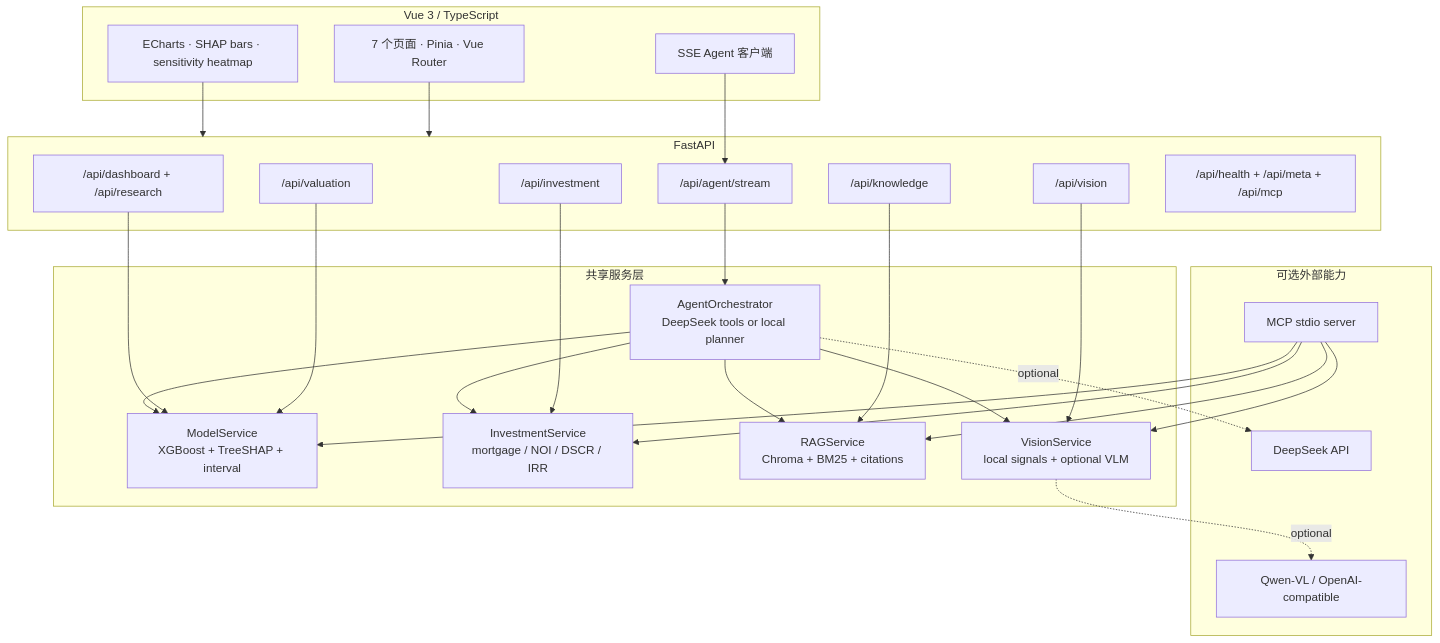
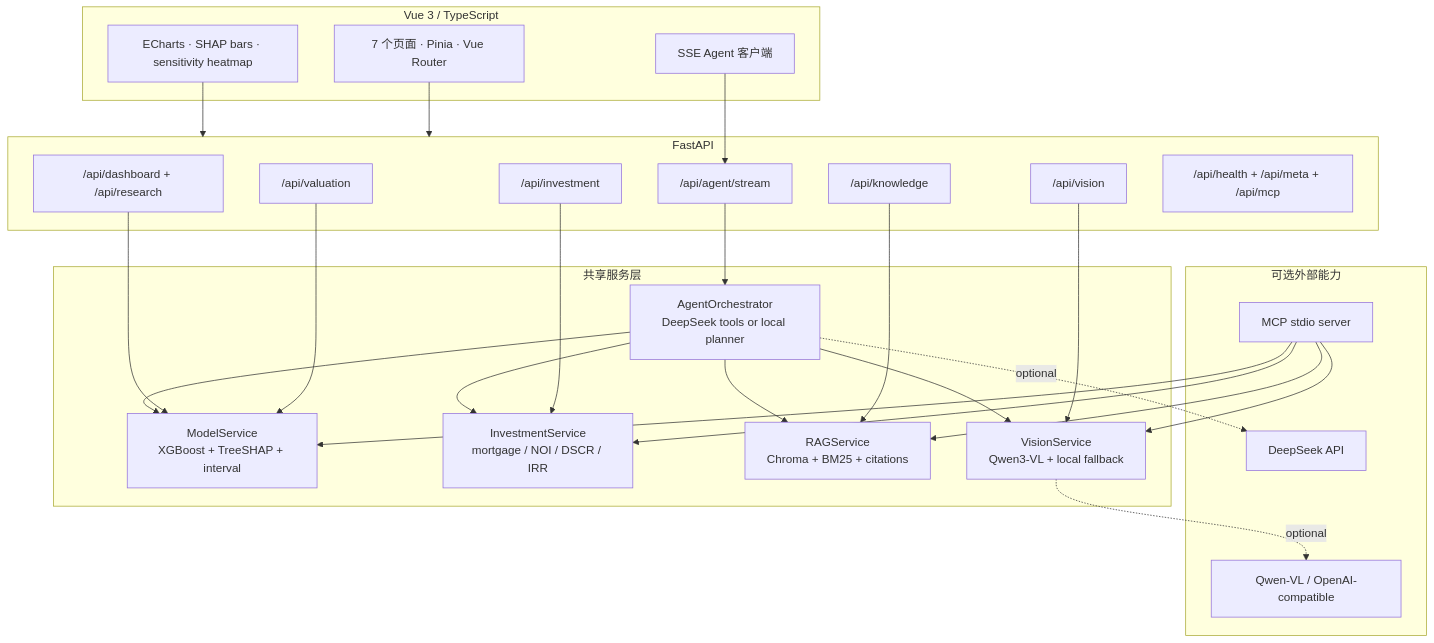
One commit to Jaymon754/housemind-ai changed the diagram in README.md. Above: the diagram before and after it, drawn with Mermaid. The commit also changed other lines of this file and 2 other files, not shown here.

````diff
--- a/README.md
+++ b/README.md
@@ -101,52 +101,52 @@
 ```mermaid
 flowchart TB
     subgraph Browser["Vue 3 / TypeScript"]
         UI["7 个页面 · Pinia · Vue Router"]
         Charts["ECharts · SHAP bars · sensitivity heatmap"]
         Stream["SSE Agent 客户端"]
     end
 
     subgraph API["FastAPI"]
         V["/api/valuation"]
         I["/api/investment"]
         D["/api/dashboard + /api/research"]
         K["/api/knowledge"]
         G["/api/agent/stream"]
         M["/api/vision"]
         S["/api/health + /api/meta + /api/mcp"]
     end
 
     subgraph Core["共享服务层"]
         MS["ModelService<br/>XGBoost + TreeSHAP + interval"]
         IS["InvestmentService<br/>mortgage / NOI / DSCR / IRR"]
         RAG["RAGService<br/>Chroma + BM25 + citations"]
-        VS["VisionService<br/>local signals + optional VLM"]
+        VS["VisionService<br/>Qwen3-VL + local fallback"]
         OR["AgentOrchestrator<br/>DeepSeek tools or local planner"]
     end
 
     subgraph External["可选外部能力"]
         DS["DeepSeek API"]
         VL["Qwen-VL / OpenAI-compatible"]
         MCP["MCP stdio server"]
     end
 
     UI --> API
     Charts --> API
     Stream --> G
     V --> MS
     I --> IS
     D --> MS
     K --> RAG
     M --> VS
     G --> OR
     OR --> MS
     OR --> IS
     OR --> RAG
     OR --> VS
     OR -. optional .-> DS
     VS -. optional .-> VL
     MCP --> MS
     MCP --> IS
     MCP --> RAG
     MCP --> VS
 ```
````
